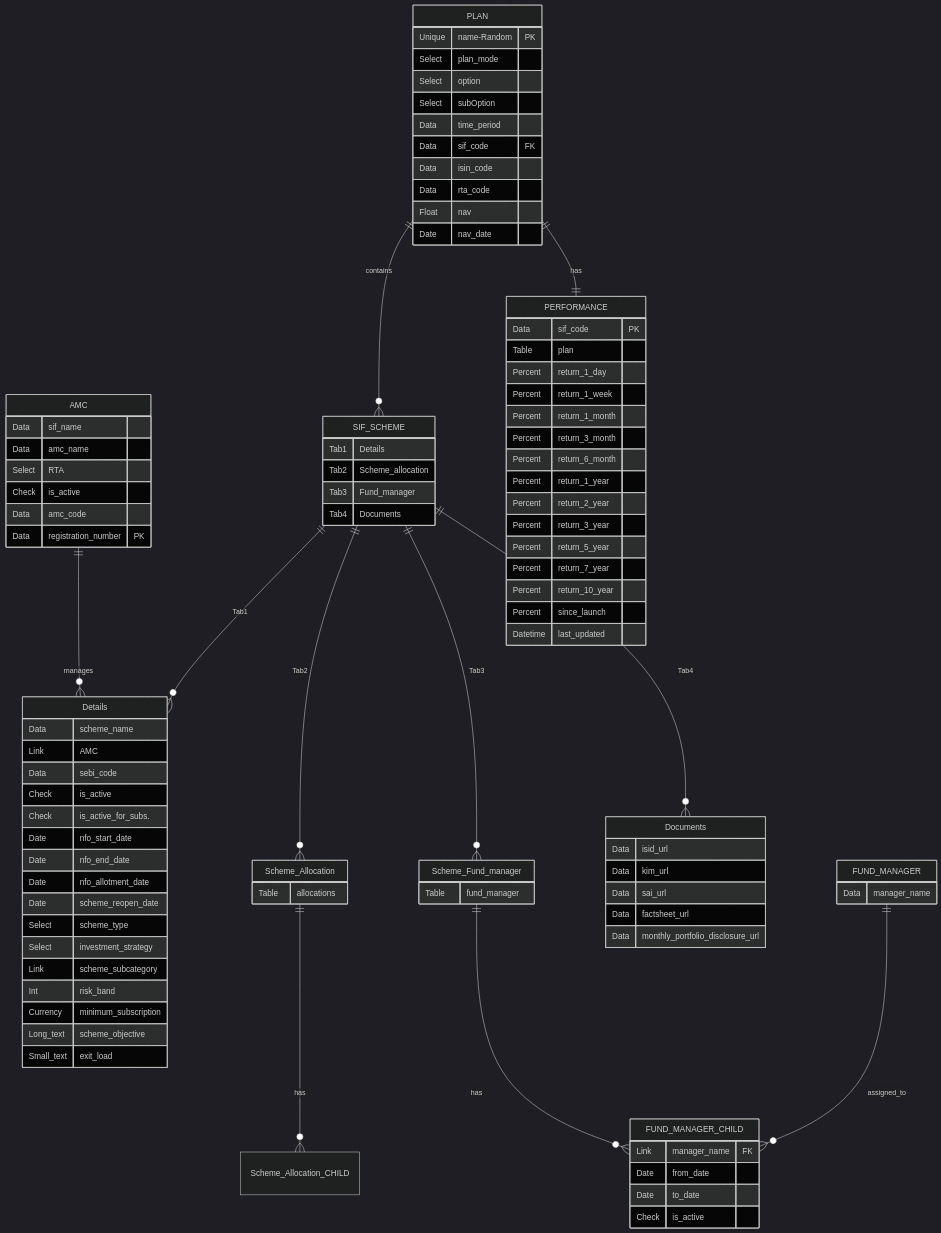
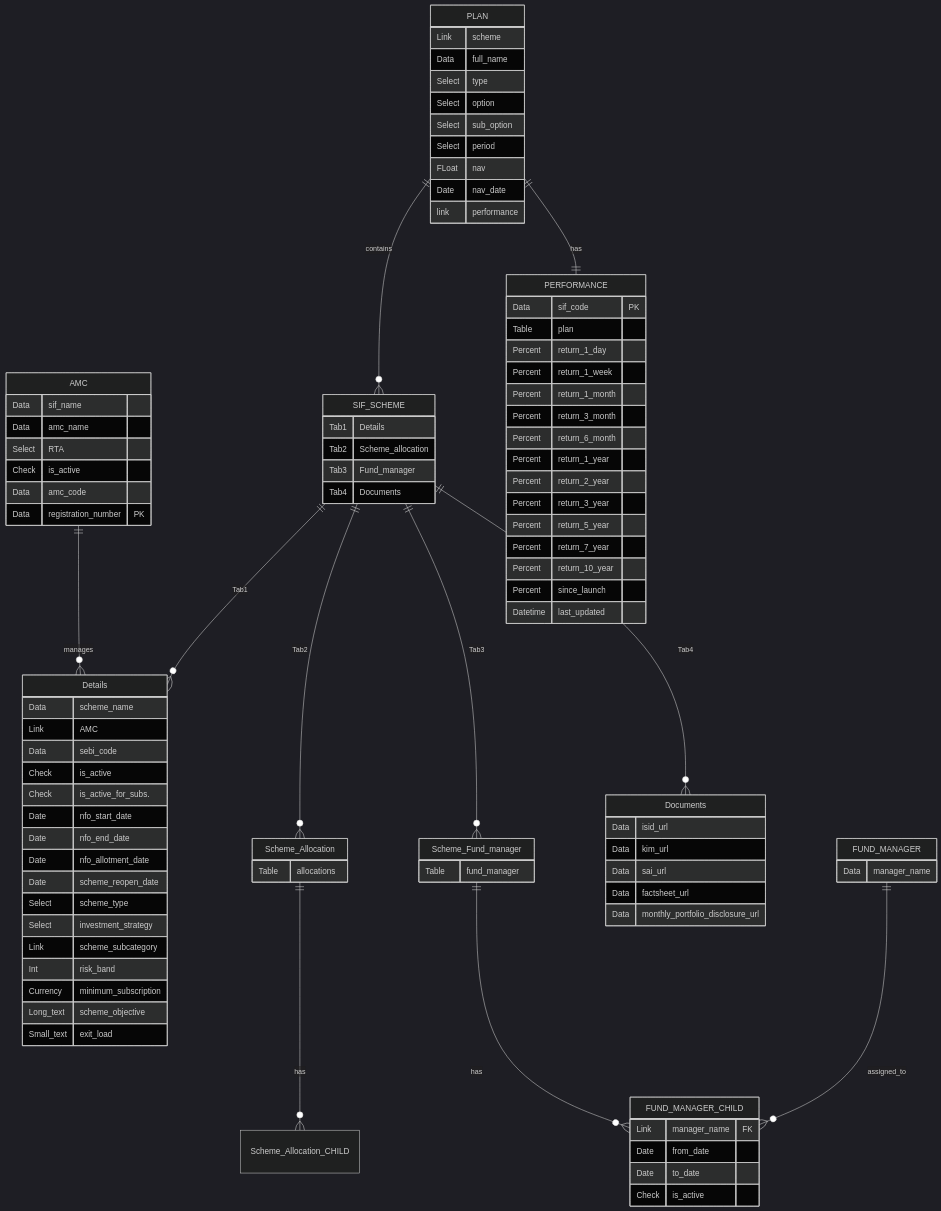
Before and after one commit to Satyam4755/My_SIF: the diagram in sif_app/DOCTYPE architecture ER diagram.md, drawn with Mermaid (dark theme).

Commit message:
Update DOCTYPE architecture ER diagram.md

```diff
--- a/sif_app/DOCTYPE architecture ER diagram.md
+++ b/sif_app/DOCTYPE architecture ER diagram.md
@@ -5,6 +5,9 @@
 erDiagram
 
     AMC ||--o{ Details : manages
+    
+    PLAN ||--o{ SIF_SCHEME : contains
+    PLAN ||--|| PERFORMANCE : has
     SIF_SCHEME ||--o{ Details : Tab1
     SIF_SCHEME ||--o{ Scheme_Allocation : Tab2
     SIF_SCHEME ||--o{ Scheme_Fund_manager : Tab3
@@ -13,8 +16,6 @@
     FUND_MANAGER ||--o{ FUND_MANAGER_CHILD : assigned_to
 
     Scheme_Allocation ||--o{ Scheme_Allocation_CHILD : has
-    PLAN ||--o{ SIF_SCHEME : contains
-    PLAN ||--|| PERFORMANCE : has
 
 
     AMC {
@@ -82,18 +83,15 @@
     }
 
     PLAN {
-        Unique name-Random PK
-
-        Select plan_mode
+        Link scheme
+        Data full_name
+        Select type
         Select option
-        Select subOption
-        Data time_period
-
-        Data sif_code FK
-        Data isin_code
-        Data rta_code
-        Float nav
+        Select sub_option
+        Select period
+        FLoat nav
         Date nav_date
+        link performance
     }
 
     PERFORMANCE {
```
